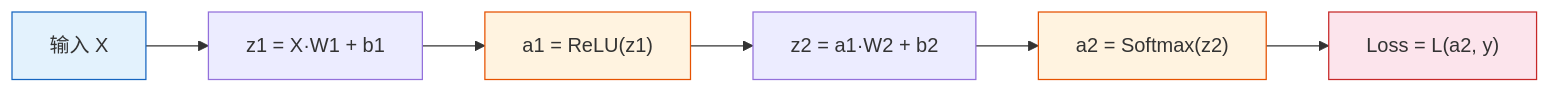
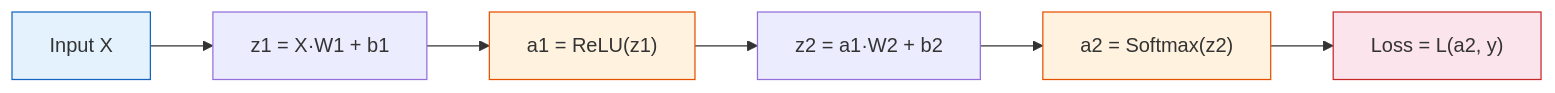
The second of 4 diagrams in docs/ch06-deep-learning/ch01-nn-basics/02-forward-backward.md (oudbiao/AI-fullstack-course), drawn with Mermaid before and after one commit. The commit also changed other lines of this file and 1406 other files, not shown here.

````diff
--- a/docs/ch06-deep-learning/ch01-nn-basics/02-forward-backward.md
+++ b/docs/ch06-deep-learning/ch01-nn-basics/02-forward-backward.md
@@ -63,13 +63,13 @@
 ```mermaid
 flowchart LR
-    X["输入 X"] --> Z1["z1 = X·W1 + b1"]
+    X["Input X"] --> Z1["z1 = X·W1 + b1"]
     Z1 --> A1["a1 = ReLU(z1)"]
     A1 --> Z2["z2 = a1·W2 + b2"]
     Z2 --> A2["a2 = Softmax(z2)"]
     A2 --> L["Loss = L(a2, y)"]
 
     style X fill:#e3f2fd,stroke:#1565c0,color:#333
     style A1 fill:#fff3e0,stroke:#e65100,color:#333
     style A2 fill:#fff3e0,stroke:#e65100,color:#333
     style L fill:#fce4ec,stroke:#c62828,color:#333
 ```
````
